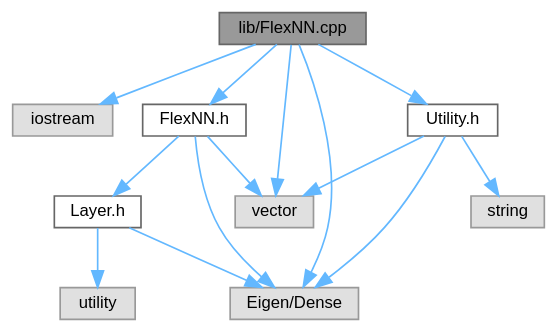
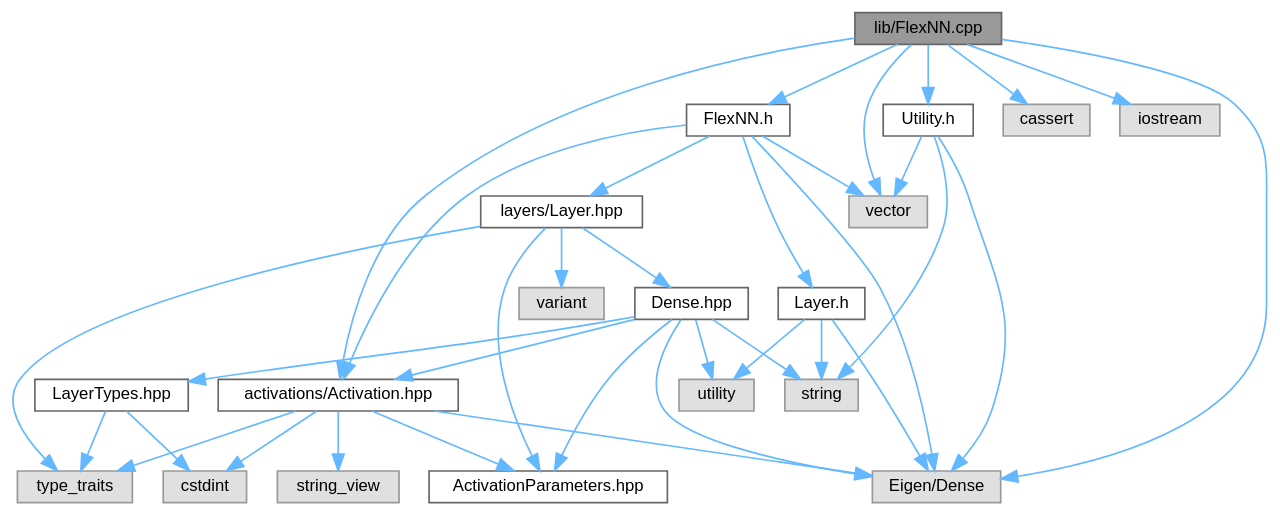
One commit to Nalin-Angrish/FlexNN changed the diagram in FlexNN_8cpp__incl.dot. Above: the diagram before and after it, drawn with Graphviz. The commit also changed 85 other files, not shown here.

```diff
--- a/FlexNN_8cpp__incl.dot
+++ b/FlexNN_8cpp__incl.dot
@@ -1,29 +1,61 @@
 digraph "lib/FlexNN.cpp"
 {
  // LATEX_PDF_SIZE
   bgcolor="transparent";
   edge [fontname=Helvetica,fontsize=10,labelfontname=Helvetica,labelfontsize=10];
   node [fontname=Helvetica,fontsize=10,shape=box,height=0.2,width=0.4];
-  Node1 [id="Node000001",label="lib/FlexNN.cpp",height=0.2,width=0.4,color="gray40", fillcolor="grey60", style="filled", fontcolor="black",tooltip="Source file for the FlexNN neural network library."];
+  Node1 [id="Node000001",label="lib/FlexNN.cpp",height=0.2,width=0.4,color="gray40", fillcolor="grey60", style="filled", fontcolor="black",tooltip="Implements FlexNN::NeuralNetwork with heterogeneous Layers::Layer variant."];
   Node1 -> Node2 [id="edge1_Node000001_Node000002",color="steelblue1",style="solid",tooltip=" "];
-  Node2 [id="Node000002",label="iostream",height=0.2,width=0.4,color="grey60", fillcolor="#E0E0E0", style="filled",tooltip=" "];
-  Node1 -> Node3 [id="edge2_Node000001_Node000003",color="steelblue1",style="solid",tooltip=" "];
+  Node2 [id="Node000002",label="FlexNN.h",height=0.2,width=0.4,color="grey40", fillcolor="white", style="filled",URL="$FlexNN_8h.html",tooltip="Header for FlexNN neural network (heterogeneous stack via Layers::Layer)."];
+  Node2 -> Node3 [id="edge2_Node000002_Node000003",color="steelblue1",style="solid",tooltip=" "];
   Node3 [id="Node000003",label="vector",height=0.2,width=0.4,color="grey60", fillcolor="#E0E0E0", style="filled",tooltip=" "];
-  Node1 -> Node4 [id="edge3_Node000001_Node000004",color="steelblue1",style="solid",tooltip=" "];
+  Node2 -> Node4 [id="edge3_Node000002_Node000004",color="steelblue1",style="solid",tooltip=" "];
   Node4 [id="Node000004",label="Eigen/Dense",height=0.2,width=0.4,color="grey60", fillcolor="#E0E0E0", style="filled",tooltip=" "];
-  Node1 -> Node5 [id="edge4_Node000001_Node000005",color="steelblue1",style="solid",tooltip=" "];
-  Node5 [id="Node000005",label="FlexNN.h",height=0.2,width=0.4,color="grey40", fillcolor="white", style="filled",URL="$FlexNN_8h.html",tooltip="Header file for the FlexNN neural network library."];
-  Node5 -> Node3 [id="edge5_Node000005_Node000003",color="steelblue1",style="solid",tooltip=" "];
-  Node5 -> Node4 [id="edge6_Node000005_Node000004",color="steelblue1",style="solid",tooltip=" "];
-  Node5 -> Node6 [id="edge7_Node000005_Node000006",color="steelblue1",style="solid",tooltip=" "];
-  Node6 [id="Node000006",label="Layer.h",height=0.2,width=0.4,color="grey40", fillcolor="white", style="filled",URL="$Layer_8h.html",tooltip="Header file for the Layer class in the FlexNN neural network library."];
-  Node6 -> Node7 [id="edge8_Node000006_Node000007",color="steelblue1",style="solid",tooltip=" "];
-  Node7 [id="Node000007",label="utility",height=0.2,width=0.4,color="grey60", fillcolor="#E0E0E0", style="filled",tooltip=" "];
-  Node6 -> Node4 [id="edge9_Node000006_Node000004",color="steelblue1",style="solid",tooltip=" "];
-  Node1 -> Node8 [id="edge10_Node000001_Node000008",color="steelblue1",style="solid",tooltip=" "];
-  Node8 [id="Node000008",label="Utility.h",height=0.2,width=0.4,color="grey40", fillcolor="white", style="filled",URL="$Utility_8h.html",tooltip="Utility functions for FlexNN neural network library."];
-  Node8 -> Node4 [id="edge11_Node000008_Node000004",color="steelblue1",style="solid",tooltip=" "];
-  Node8 -> Node9 [id="edge12_Node000008_Node000009",color="steelblue1",style="solid",tooltip=" "];
-  Node9 [id="Node000009",label="string",height=0.2,width=0.4,color="grey60", fillcolor="#E0E0E0", style="filled",tooltip=" "];
-  Node8 -> Node3 [id="edge13_Node000008_Node000003",color="steelblue1",style="solid",tooltip=" "];
+  Node2 -> Node5 [id="edge4_Node000002_Node000005",color="steelblue1",style="solid",tooltip=" "];
+  Node5 [id="Node000005",label="activations/Activation.hpp",height=0.2,width=0.4,color="grey40", fillcolor="white", style="filled",URL="$Activation_8hpp.html",tooltip="Public activation enum and helpers for FlexNN."];
+  Node5 -> Node6 [id="edge5_Node000005_Node000006",color="steelblue1",style="solid",tooltip=" "];
+  Node6 [id="Node000006",label="cstdint",height=0.2,width=0.4,color="grey60", fillcolor="#E0E0E0", style="filled",tooltip=" "];
+  Node5 -> Node7 [id="edge6_Node000005_Node000007",color="steelblue1",style="solid",tooltip=" "];
+  Node7 [id="Node000007",label="string_view",height=0.2,width=0.4,color="grey60", fillcolor="#E0E0E0", style="filled",tooltip=" "];
+  Node5 -> Node8 [id="edge7_Node000005_Node000008",color="steelblue1",style="solid",tooltip=" "];
+  Node8 [id="Node000008",label="type_traits",height=0.2,width=0.4,color="grey60", fillcolor="#E0E0E0", style="filled",tooltip=" "];
+  Node5 -> Node4 [id="edge8_Node000005_Node000004",color="steelblue1",style="solid",tooltip=" "];
+  Node5 -> Node9 [id="edge9_Node000005_Node000009",color="steelblue1",style="solid",tooltip=" "];
+  Node9 [id="Node000009",label="ActivationParameters.hpp",height=0.2,width=0.4,color="grey40", fillcolor="white", style="filled",URL="$ActivationParameters_8hpp.html",tooltip="Per-activation hyperparameters for FlexNN::Activations."];
+  Node2 -> Node10 [id="edge10_Node000002_Node000010",color="steelblue1",style="solid",tooltip=" "];
+  Node10 [id="Node000010",label="layers/Layer.hpp",height=0.2,width=0.4,color="grey40", fillcolor="white", style="filled",URL="$Layer_8hpp.html",tooltip="Type-erased wrapper for FlexNN::Layers — heterogeneous stack without inheritance."];
+  Node10 -> Node8 [id="edge11_Node000010_Node000008",color="steelblue1",style="solid",tooltip=" "];
+  Node10 -> Node11 [id="edge12_Node000010_Node000011",color="steelblue1",style="solid",tooltip=" "];
+  Node11 [id="Node000011",label="variant",height=0.2,width=0.4,color="grey60", fillcolor="#E0E0E0", style="filled",tooltip=" "];
+  Node10 -> Node12 [id="edge13_Node000010_Node000012",color="steelblue1",style="solid",tooltip=" "];
+  Node12 [id="Node000012",label="Dense.hpp",height=0.2,width=0.4,color="grey40", fillcolor="white", style="filled",URL="$Dense_8hpp.html",tooltip="Dense (fully-connected) layer for FlexNN::Layers."];
+  Node12 -> Node13 [id="edge14_Node000012_Node000013",color="steelblue1",style="solid",tooltip=" "];
+  Node13 [id="Node000013",label="string",height=0.2,width=0.4,color="grey60", fillcolor="#E0E0E0", style="filled",tooltip=" "];
+  Node12 -> Node14 [id="edge15_Node000012_Node000014",color="steelblue1",style="solid",tooltip=" "];
+  Node14 [id="Node000014",label="utility",height=0.2,width=0.4,color="grey60", fillcolor="#E0E0E0", style="filled",tooltip=" "];
+  Node12 -> Node4 [id="edge16_Node000012_Node000004",color="steelblue1",style="solid",tooltip=" "];
+  Node12 -> Node15 [id="edge17_Node000012_Node000015",color="steelblue1",style="solid",tooltip=" "];
+  Node15 [id="Node000015",label="LayerTypes.hpp",height=0.2,width=0.4,color="grey40", fillcolor="white", style="filled",URL="$LayerTypes_8hpp.html",tooltip="Shared PODs for FlexNN::Layers — LayerType, DType, and per-type Params."];
+  Node15 -> Node6 [id="edge18_Node000015_Node000006",color="steelblue1",style="solid",tooltip=" "];
+  Node15 -> Node8 [id="edge19_Node000015_Node000008",color="steelblue1",style="solid",tooltip=" "];
+  Node12 -> Node5 [id="edge20_Node000012_Node000005",color="steelblue1",style="solid",tooltip=" "];
+  Node12 -> Node9 [id="edge21_Node000012_Node000009",color="steelblue1",style="solid",tooltip=" "];
+  Node10 -> Node9 [id="edge22_Node000010_Node000009",color="steelblue1",style="solid",tooltip=" "];
+  Node2 -> Node16 [id="edge23_Node000002_Node000016",color="steelblue1",style="solid",tooltip=" "];
+  Node16 [id="Node000016",label="Layer.h",height=0.2,width=0.4,color="grey40", fillcolor="white", style="filled",URL="$Layer_8h.html",tooltip="Header file for the Layer class in the FlexNN neural network library."];
+  Node16 -> Node13 [id="edge24_Node000016_Node000013",color="steelblue1",style="solid",tooltip=" "];
+  Node16 -> Node14 [id="edge25_Node000016_Node000014",color="steelblue1",style="solid",tooltip=" "];
+  Node16 -> Node4 [id="edge26_Node000016_Node000004",color="steelblue1",style="solid",tooltip=" "];
+  Node1 -> Node17 [id="edge27_Node000001_Node000017",color="steelblue1",style="solid",tooltip=" "];
+  Node17 [id="Node000017",label="cassert",height=0.2,width=0.4,color="grey60", fillcolor="#E0E0E0", style="filled",tooltip=" "];
+  Node1 -> Node18 [id="edge28_Node000001_Node000018",color="steelblue1",style="solid",tooltip=" "];
+  Node18 [id="Node000018",label="iostream",height=0.2,width=0.4,color="grey60", fillcolor="#E0E0E0", style="filled",tooltip=" "];
+  Node1 -> Node3 [id="edge29_Node000001_Node000003",color="steelblue1",style="solid",tooltip=" "];
+  Node1 -> Node4 [id="edge30_Node000001_Node000004",color="steelblue1",style="solid",tooltip=" "];
+  Node1 -> Node19 [id="edge31_Node000001_Node000019",color="steelblue1",style="solid",tooltip=" "];
+  Node19 [id="Node000019",label="Utility.h",height=0.2,width=0.4,color="grey40", fillcolor="white", style="filled",URL="$Utility_8h.html",tooltip="Utility functions for FlexNN neural network library."];
+  Node19 -> Node4 [id="edge32_Node000019_Node000004",color="steelblue1",style="solid",tooltip=" "];
+  Node19 -> Node13 [id="edge33_Node000019_Node000013",color="steelblue1",style="solid",tooltip=" "];
+  Node19 -> Node3 [id="edge34_Node000019_Node000003",color="steelblue1",style="solid",tooltip=" "];
+  Node1 -> Node5 [id="edge35_Node000001_Node000005",color="steelblue1",style="solid",tooltip=" "];
 }
```
